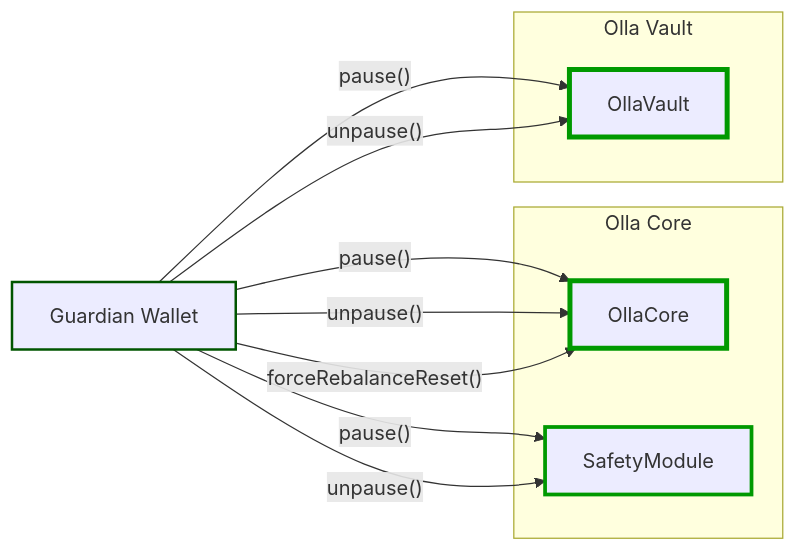
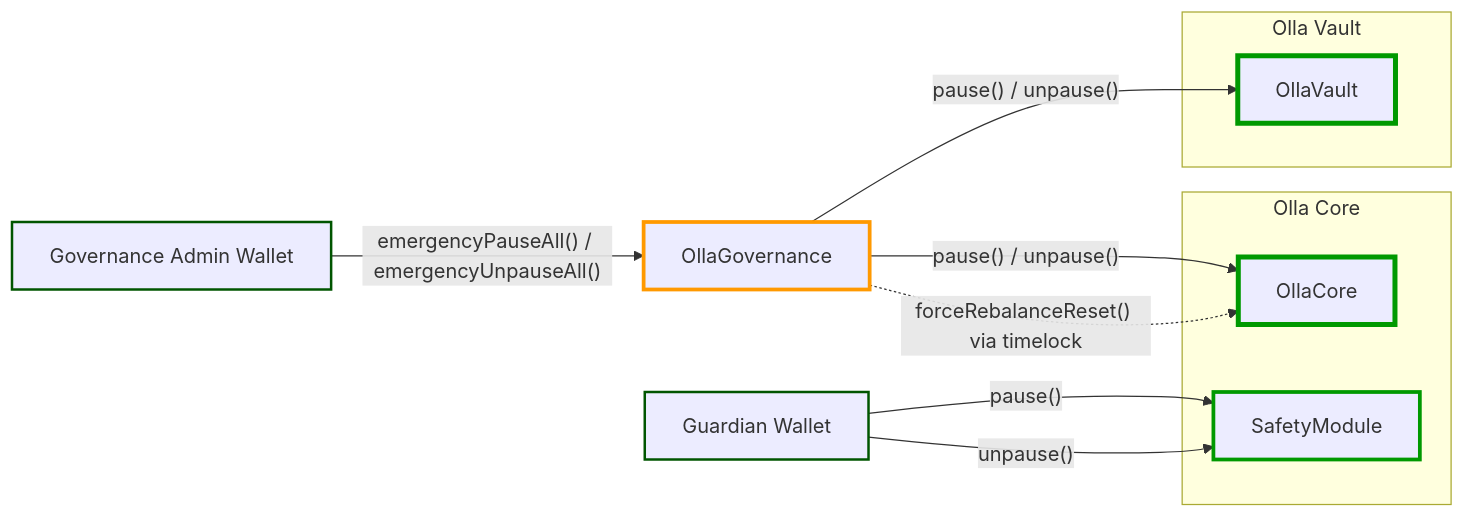
The fifth of 7 diagrams in docs/architecture/overview.md (ollafinance/core), drawn with Mermaid before and after one commit. The commit also changed other lines of this file and 17 other files, not shown here.

````diff
--- a/docs/architecture/overview.md
+++ b/docs/architecture/overview.md
@@ -316,26 +324,29 @@
 ```mermaid
 flowchart LR
 
 guardianWallet[Guardian Wallet]
+governanceAdminWallet[Governance Admin Wallet]
+ollaGov["OllaGovernance"]
 
 subgraph "Olla Core"
     core[OllaCore]
     safety[SafetyModule]
 end
 subgraph "Olla Vault"
     vault[OllaVault]
 end
 
-guardianWallet -->|"pause()"| core
-guardianWallet -->|"unpause()"| core
-guardianWallet -->|"forceRebalanceReset()"| core
-guardianWallet -->|"pause()"| vault
-guardianWallet -->|"unpause()"| vault
+governanceAdminWallet -->|"emergencyPauseAll() / emergencyUnpauseAll()"| ollaGov
+ollaGov -->|"pause() / unpause()"| core
+ollaGov -->|"pause() / unpause()"| vault
+ollaGov -. "forceRebalanceReset() via timelock" .-> core
 guardianWallet -->|"pause()"| safety
 guardianWallet -->|"unpause()"| safety
 
 style guardianWallet stroke:#050,stroke-width:2px
+style governanceAdminWallet stroke:#050,stroke-width:2px
+style ollaGov stroke:#f90,stroke-width:3px
 style core stroke:#090,stroke-width:4px
 style vault stroke:#090,stroke-width:4px
 style safety stroke:#090,stroke-width:3px
 ```
````
